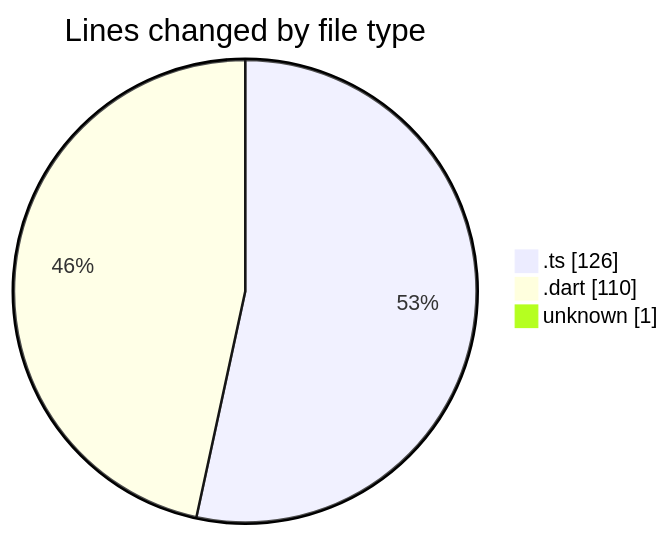
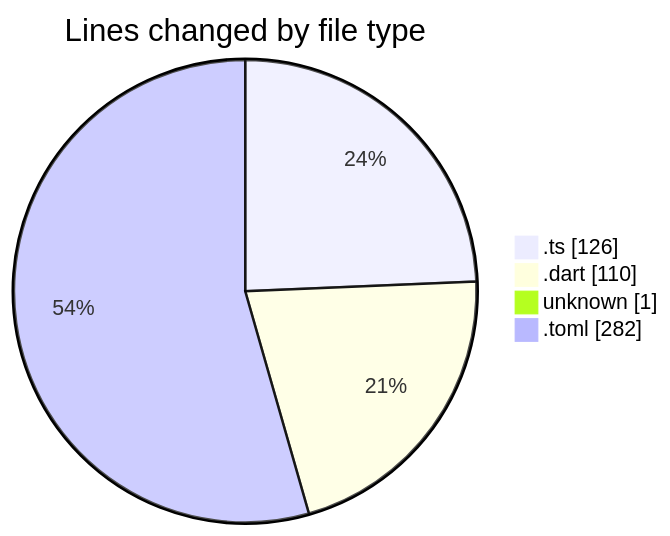
The first of 2 diagrams in 2025-02-09/maps_clone/README.md (donsfak/code-tracking), drawn with Mermaid before and after one commit. The commit also changed other lines of this file and 1 other file, not shown here.

````diff
--- a/2025-02-09/maps_clone/README.md
+++ b/2025-02-09/maps_clone/README.md
@@ -22,7 +23,8 @@
 ```mermaid
 pie showData
 title Lines changed by file type
 ".ts" : 126
 ".dart" : 110
 "unknown" : 1
+".toml" : 282
 ```
````
